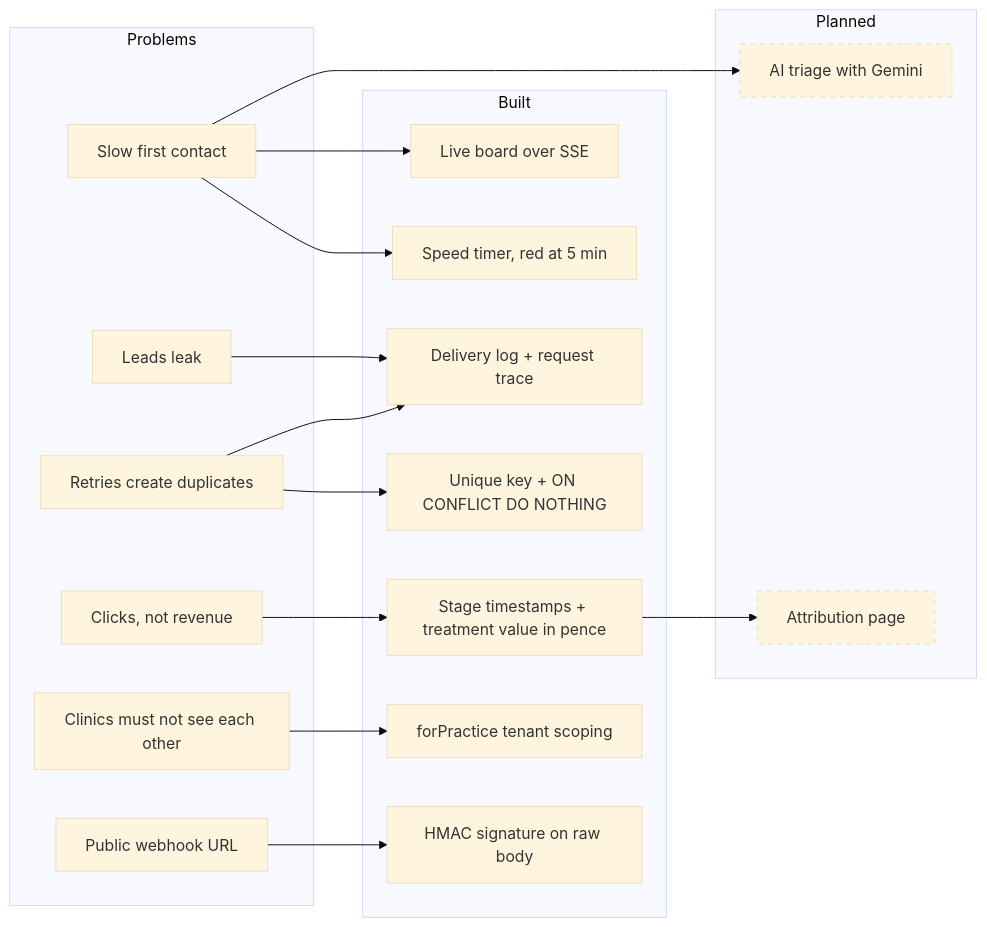
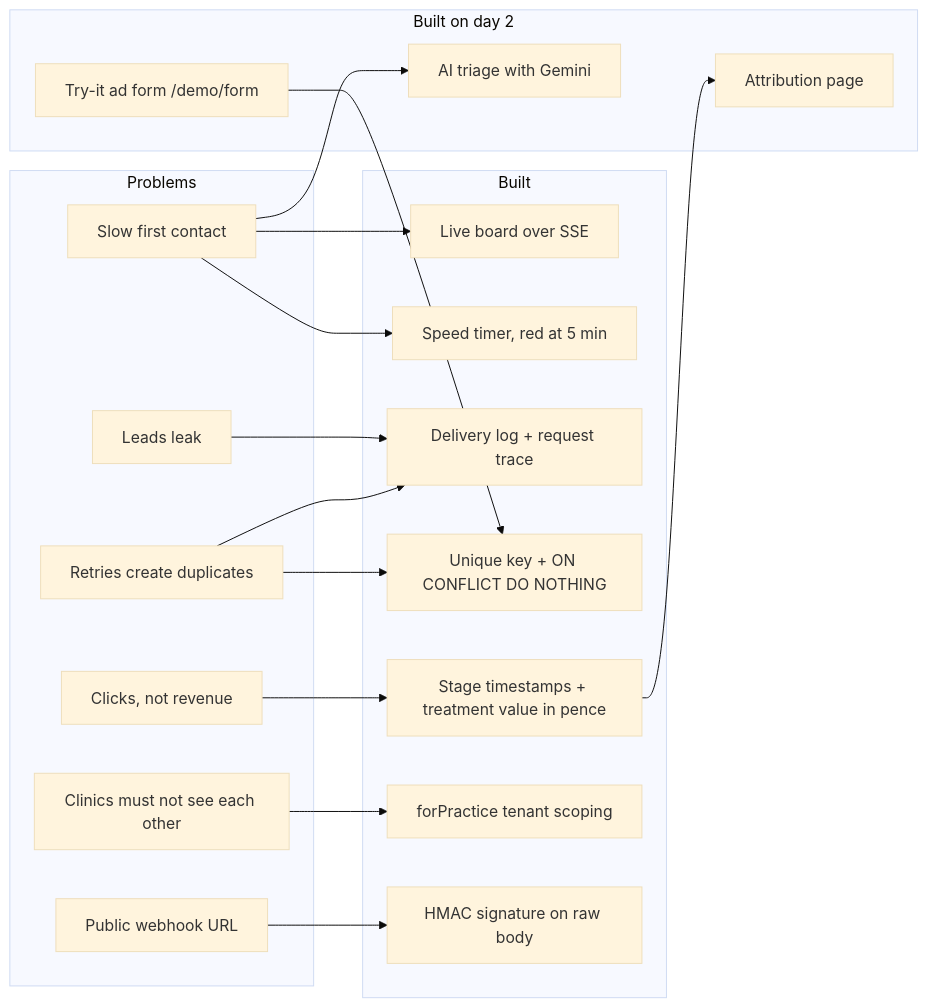
Before and after one commit to priyanshu14077/Leadline: the diagram in docs/01-problem.md, drawn with Mermaid (base theme). The commit also changed other lines of this file, not shown here.

Commit message:
docs: update the problem statement for day 2

````diff
--- a/docs/01-problem.md
+++ b/docs/01-problem.md
@@ -41,32 +41,32 @@
 ```mermaid
 flowchart LR
   subgraph Problems
     P1["Slow first contact"]
     P2["Leads leak"]
     P3["Retries create duplicates"]
     P4["Clicks, not revenue"]
     P5["Clinics must not see each other"]
     P6["Public webhook URL"]
   end
   subgraph Built
     F1["Live board over SSE"]
     F2["Speed timer, red at 5 min"]
     F3["Delivery log + request trace"]
     F4["Unique key + ON CONFLICT DO NOTHING"]
     F5["Stage timestamps + treatment value in pence"]
     F6["forPractice tenant scoping"]
     F7["HMAC signature on raw body"]
   end
-  subgraph Planned
+  subgraph Day2["Built on day 2"]
     F8["AI triage with Gemini"]
     F9["Attribution page"]
+    F10["Try-it ad form /demo/form"]
   end
   P1 --> F1 & F2 & F8
   P2 --> F3
   P3 --> F4 & F3
+  F10 --> F4
   P4 --> F5 --> F9
   P5 --> F6
   P6 --> F7
-  classDef planned stroke-dasharray:5 5
-  class F8,F9 planned
 ```
````
